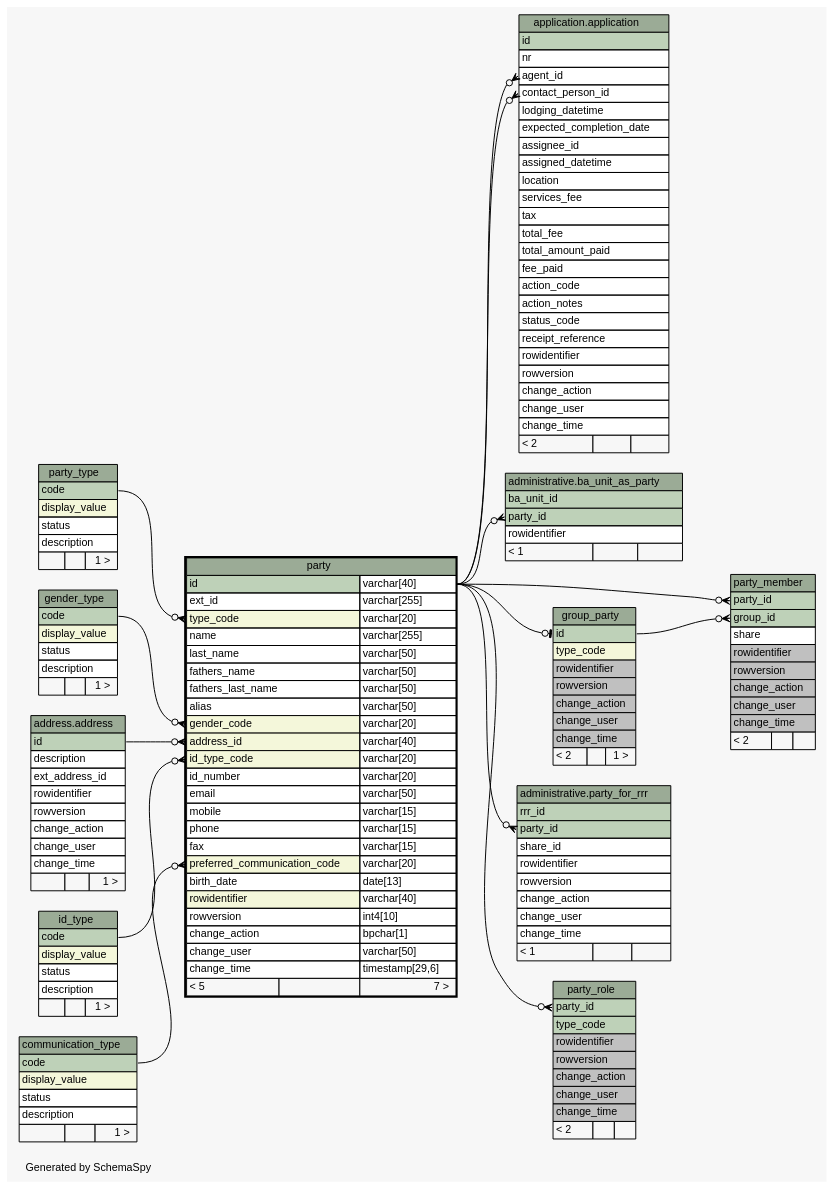
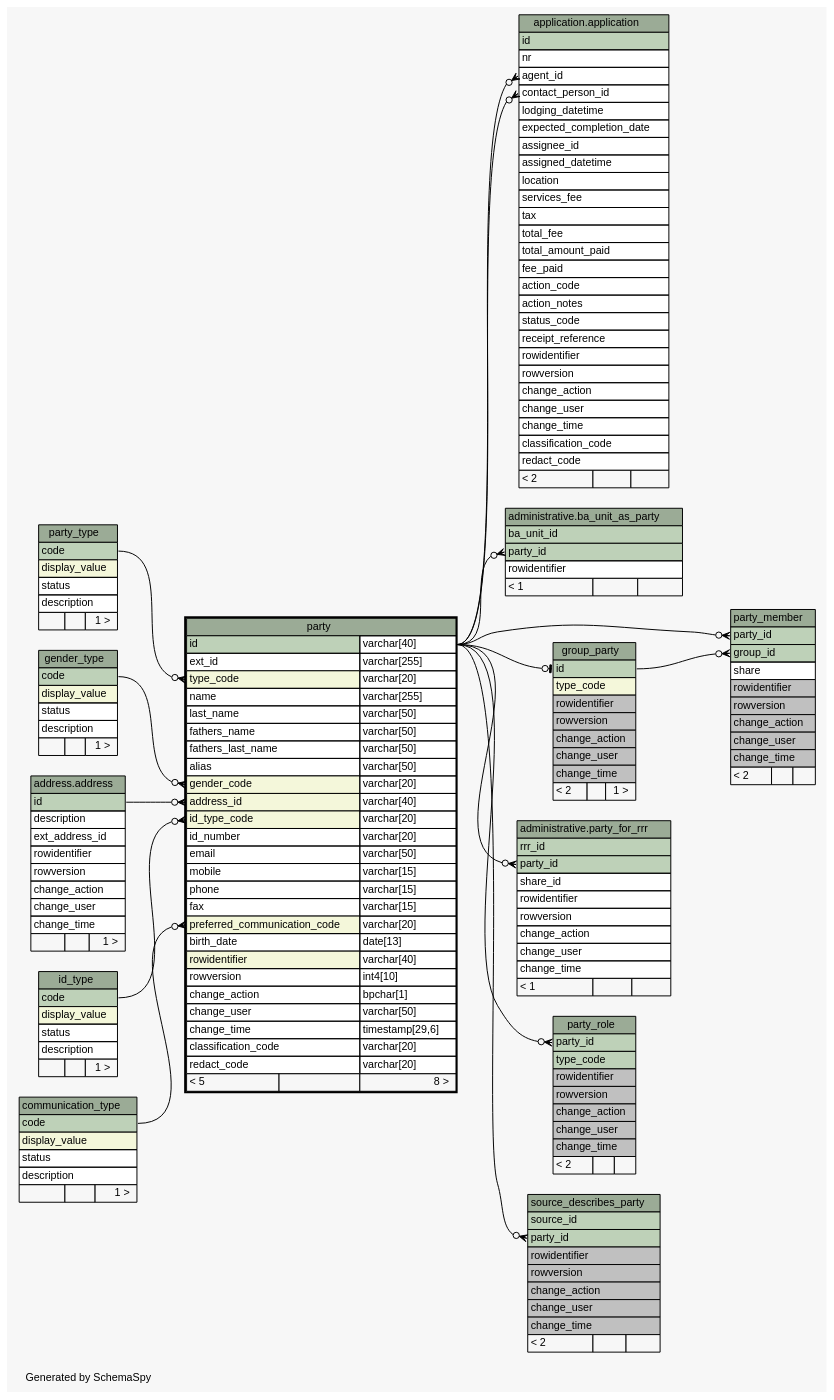
Before and after one commit to SOLA-FAO/database_sola: the diagram in doc/party/diagrams/party.1degree.dot, drawn with Graphviz. The commit also changed 615 other files, not shown here.

```diff
--- a/doc/party/diagrams/party.1degree.dot
+++ b/doc/party/diagrams/party.1degree.dot
@@ -32,6 +32,7 @@
   "party_member":"group_id":w -> "group_party":"id":e [arrowhead=none dir=back arrowtail=crowodot];
   "party_member":"party_id":w -> "party":"id.type":e [arrowhead=none dir=back arrowtail=crowodot];
   "party_role":"party_id":w -> "party":"id.type":e [arrowhead=none dir=back arrowtail=crowodot];
+  "source_describes_party":"party_id":w -> "party":"id.type":e [arrowhead=none dir=back arrowtail=crowodot];
   "address.address" [
     label=<
     <TABLE BORDER="0" CELLBORDER="1" CELLSPACING="0" BGCOLOR="#ffffff">
@@ -76,6 +77,8 @@
       <TR><TD PORT="change_action" COLSPAN="3" ALIGN="LEFT">change_action</TD></TR>
       <TR><TD PORT="change_user" COLSPAN="3" ALIGN="LEFT">change_user</TD></TR>
       <TR><TD PORT="change_time" COLSPAN="3" ALIGN="LEFT">change_time</TD></TR>
+      <TR><TD PORT="classification_code" COLSPAN="3" ALIGN="LEFT">classification_code</TD></TR>
+      <TR><TD PORT="redact_code" COLSPAN="3" ALIGN="LEFT">redact_code</TD></TR>
       <TR><TD ALIGN="LEFT" BGCOLOR="#f7f7f7">&lt; 2</TD><TD ALIGN="RIGHT" BGCOLOR="#f7f7f7">  </TD><TD ALIGN="RIGHT" BGCOLOR="#f7f7f7">  </TD></TR>
     </TABLE>>
     URL="../../application/tables/application.html"
@@ -175,7 +178,9 @@
       <TR><TD PORT="change_action" COLSPAN="2" ALIGN="LEFT">change_action</TD><TD PORT="change_action.type" ALIGN="LEFT">bpchar[1]</TD></TR>
       <TR><TD PORT="change_user" COLSPAN="2" ALIGN="LEFT">change_user</TD><TD PORT="change_user.type" ALIGN="LEFT">varchar[50]</TD></TR>
       <TR><TD PORT="change_time" COLSPAN="2" ALIGN="LEFT">change_time</TD><TD PORT="change_time.type" ALIGN="LEFT">timestamp[29,6]</TD></TR>
-      <TR><TD ALIGN="LEFT" BGCOLOR="#f7f7f7">&lt; 5</TD><TD ALIGN="RIGHT" BGCOLOR="#f7f7f7">  </TD><TD ALIGN="RIGHT" BGCOLOR="#f7f7f7">7 &gt;</TD></TR>
+      <TR><TD PORT="classification_code" COLSPAN="2" ALIGN="LEFT">classification_code</TD><TD PORT="classification_code.type" ALIGN="LEFT">varchar[20]</TD></TR>
+      <TR><TD PORT="redact_code" COLSPAN="2" ALIGN="LEFT">redact_code</TD><TD PORT="redact_code.type" ALIGN="LEFT">varchar[20]</TD></TR>
+      <TR><TD ALIGN="LEFT" BGCOLOR="#f7f7f7">&lt; 5</TD><TD ALIGN="RIGHT" BGCOLOR="#f7f7f7">  </TD><TD ALIGN="RIGHT" BGCOLOR="#f7f7f7">8 &gt;</TD></TR>
     </TABLE>>
     URL="party.html"
     tooltip="party"
@@ -243,4 +248,20 @@
     URL="party_type.html"
     tooltip="party_type"
   ];
+  "source_describes_party" [
+    label=<
+    <TABLE BORDER="0" CELLBORDER="1" CELLSPACING="0" BGCOLOR="#ffffff">
+      <TR><TD COLSPAN="3" BGCOLOR="#9bab96" ALIGN="CENTER">source_describes_party</TD></TR>
+      <TR><TD PORT="source_id" COLSPAN="3" BGCOLOR="#bed1b8" ALIGN="LEFT">source_id</TD></TR>
+      <TR><TD PORT="party_id" COLSPAN="3" BGCOLOR="#bed1b8" ALIGN="LEFT">party_id</TD></TR>
+      <TR><TD PORT="rowidentifier" COLSPAN="3" BGCOLOR="#c0c0c0" ALIGN="LEFT">rowidentifier</TD></TR>
+      <TR><TD PORT="rowversion" COLSPAN="3" BGCOLOR="#c0c0c0" ALIGN="LEFT">rowversion</TD></TR>
+      <TR><TD PORT="change_action" COLSPAN="3" BGCOLOR="#c0c0c0" ALIGN="LEFT">change_action</TD></TR>
+      <TR><TD PORT="change_user" COLSPAN="3" BGCOLOR="#c0c0c0" ALIGN="LEFT">change_user</TD></TR>
+      <TR><TD PORT="change_time" COLSPAN="3" BGCOLOR="#c0c0c0" ALIGN="LEFT">change_time</TD></TR>
+      <TR><TD ALIGN="LEFT" BGCOLOR="#f7f7f7">&lt; 2</TD><TD ALIGN="RIGHT" BGCOLOR="#f7f7f7">  </TD><TD ALIGN="RIGHT" BGCOLOR="#f7f7f7">  </TD></TR>
+    </TABLE>>
+    URL="source_describes_party.html"
+    tooltip="source_describes_party"
+  ];
 }
```
